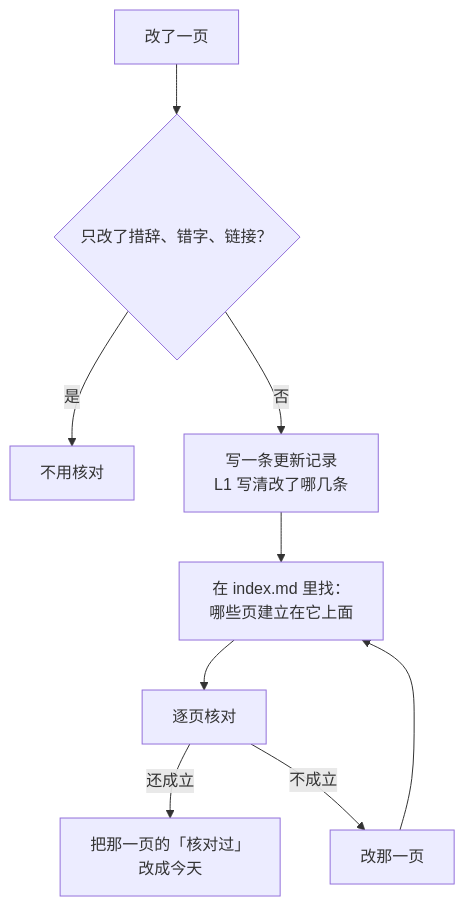
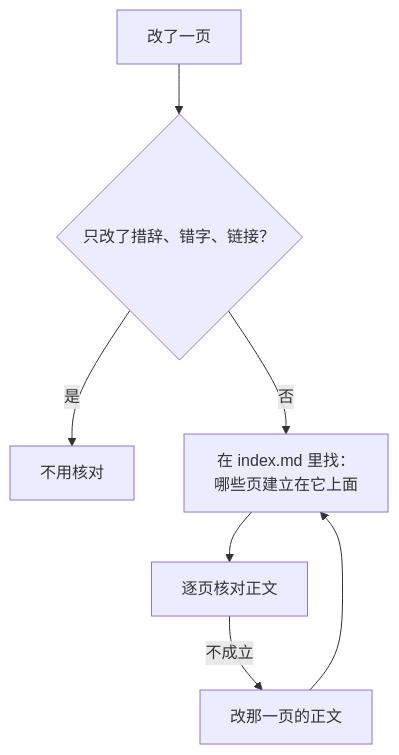
The diagram in skills/knowledge/references/knowledge-base.md (shiyuann/aboveloop), drawn with Mermaid before and after one commit. The commit also changed other lines of this file and 20 other files, not shown here.

````diff
--- a/skills/knowledge/references/knowledge-base.md
+++ b/skills/knowledge/references/knowledge-base.md
@@ -82,11 +82,9 @@
 ```mermaid
 flowchart TB
   A["改了一页"] --> B{"只改了措辞、错字、链接？"}
   B -->|是| X["不用核对"]
-  B -->|否| C["写一条更新记录<br/>L1 写清改了哪几条"]
-  C --> D["在 index.md 里找：<br/>哪些页建立在它上面"]
-  D --> E["逐页核对"]
-  E -->|还成立| F["把那一页的「核对过」<br/>改成今天"]
-  E -->|不成立| G["改那一页"]
+  B -->|否| D["在 index.md 里找：<br/>哪些页建立在它上面"]
+  D --> E["逐页核对正文"]
+  E -->|不成立| G["改那一页的正文"]
   G --> D
 ```
````
